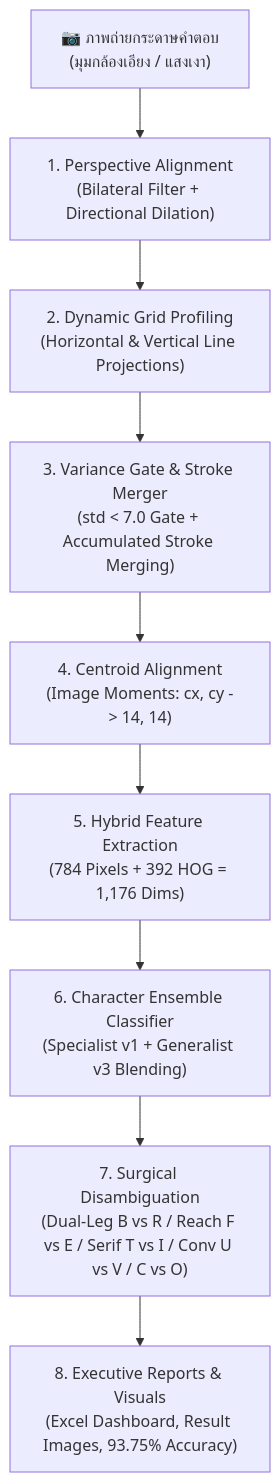
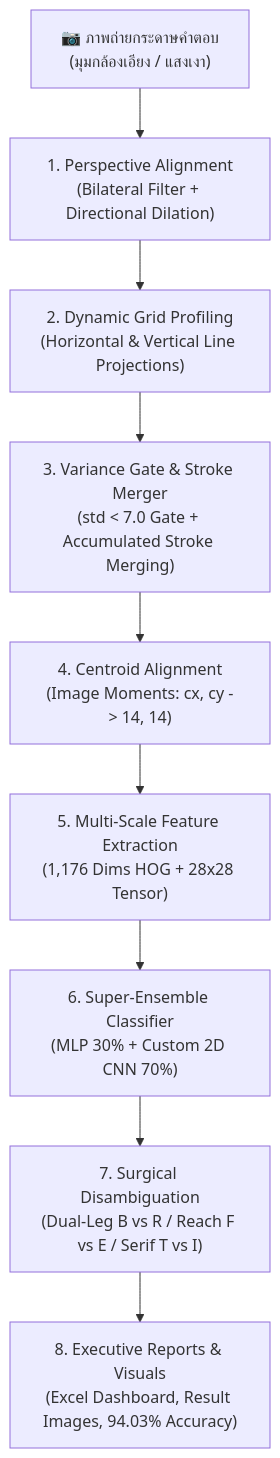
Before and after one commit to 67160213-ux/Project_CV: the diagram in README.md, drawn with Mermaid. The commit also changed other lines of this file and 2 other files, not shown here.

````diff
--- a/README.md
+++ b/README.md
@@ -46,11 +63,11 @@
 ```mermaid
 graph TD
     A["📷 ภาพถ่ายกระดาษคำตอบ<br/>(มุมกล้องเอียง / แสงเงา)"] --> B["1. Perspective Alignment<br/>(Bilateral Filter + Directional Dilation)"]
     B --> C["2. Dynamic Grid Profiling<br/>(Horizontal & Vertical Line Projections)"]
     C --> D["3. Variance Gate & Stroke Merger<br/>(std < 7.0 Gate + Accumulated Stroke Merging)"]
     D --> E["4. Centroid Alignment<br/>(Image Moments: cx, cy -> 14, 14)"]
-    E --> F["5. Hybrid Feature Extraction<br/>(784 Pixels + 392 HOG = 1,176 Dims)"]
-    F --> G["6. Character Ensemble Classifier<br/>(Specialist v1 + Generalist v3 Blending)"]
-    G --> H["7. Surgical Disambiguation<br/>(Dual-Leg B vs R / Reach F vs E / Serif T vs I / Conv U vs V / C vs O)"]
-    H --> I["8. Executive Reports & Visuals<br/>(Excel Dashboard, Result Images, 93.75% Accuracy)"]
+    E --> F["5. Multi-Scale Feature Extraction<br/>(1,176 Dims HOG + 28x28 Tensor)"]
+    F --> G["6. Super-Ensemble Classifier<br/>(MLP 30% + Custom 2D CNN 70%)"]
+    G --> H["7. Surgical Disambiguation<br/>(Dual-Leg B vs R / Reach F vs E / Serif T vs I)"]
+    H --> I["8. Executive Reports & Visuals<br/>(Excel Dashboard, Result Images, 94.03% Accuracy)"]
 ```
````
